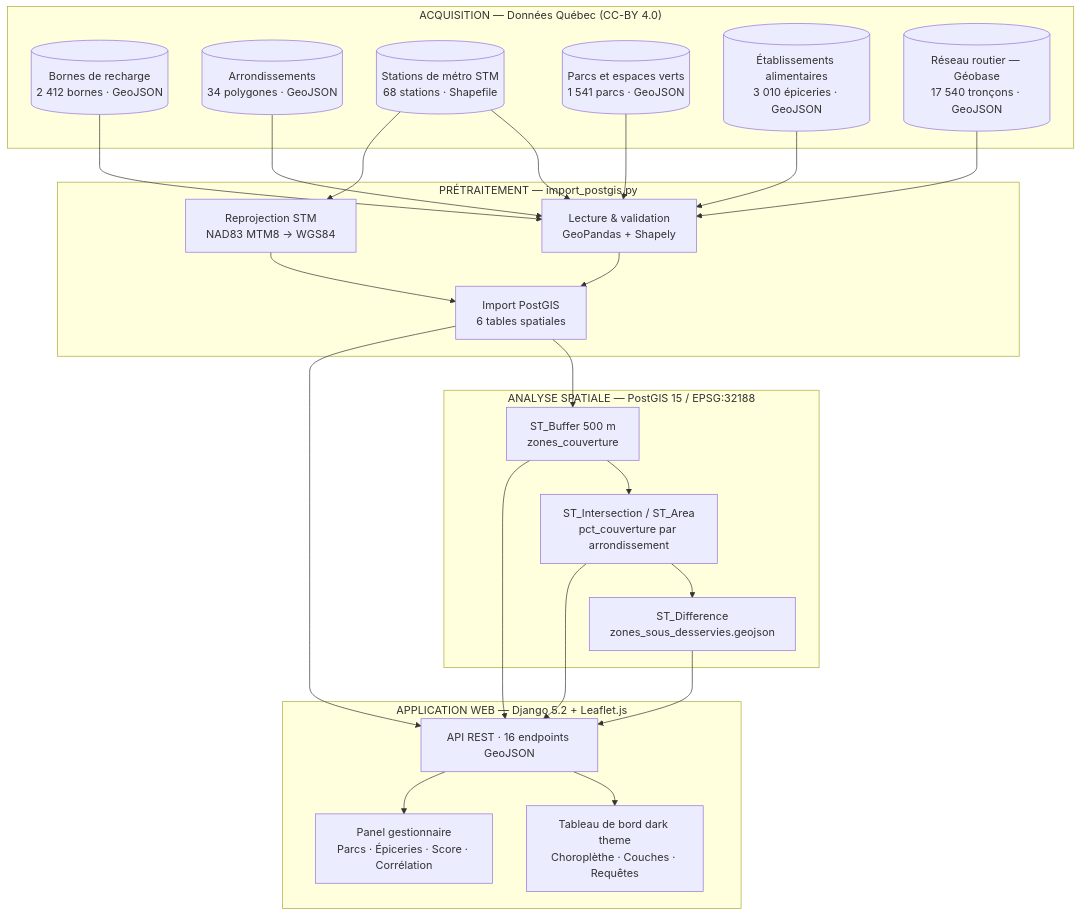
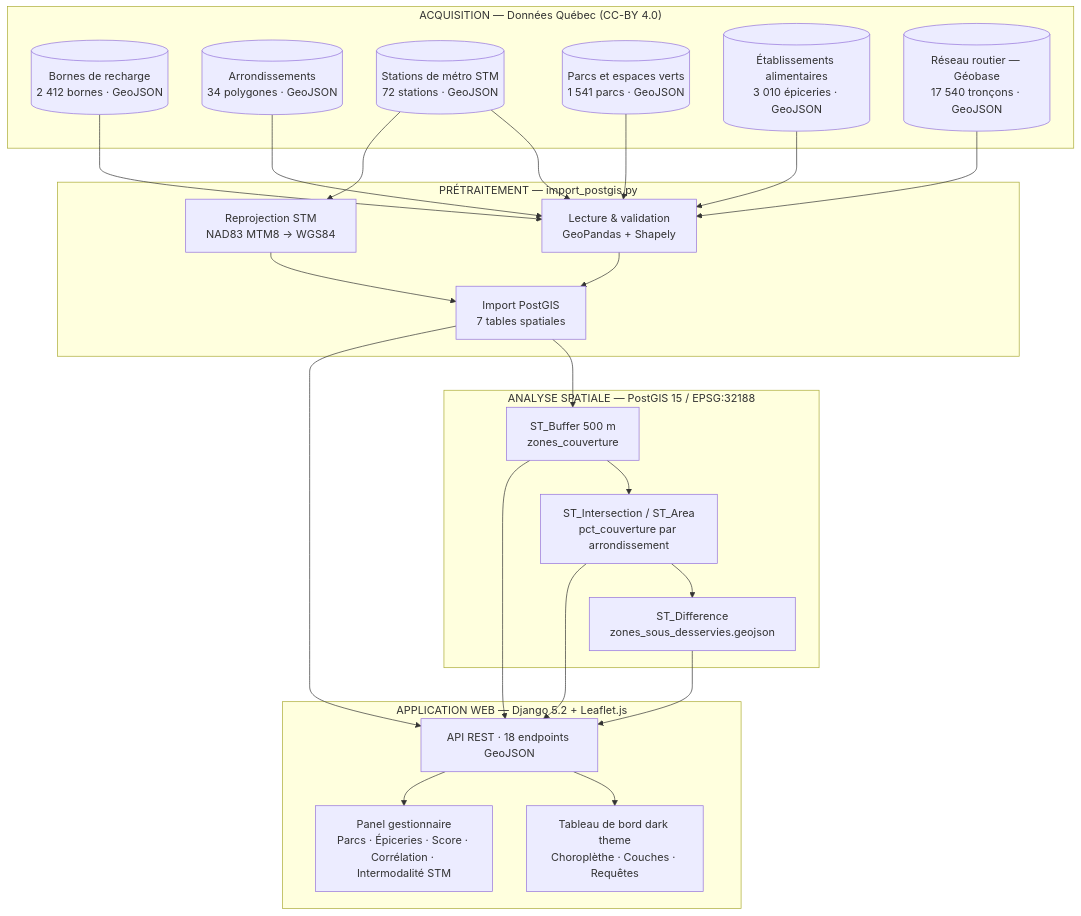
One commit to modou5604501/projet_Session changed the first of 2 diagrams in README.md. Above: the diagram before and after it, drawn with Mermaid. The commit also changed other lines of this file, not shown here.

````diff
--- a/README.md
+++ b/README.md
@@ -43,36 +55,36 @@
 ```mermaid
 flowchart TD
     subgraph ACQ["ACQUISITION — Données Québec (CC-BY 4.0)"]
         A1[("Bornes de recharge\n2 412 bornes · GeoJSON")]
         A2[("Arrondissements\n34 polygones · GeoJSON")]
-        A3[("Stations de métro STM\n68 stations · Shapefile")]
+        A3[("Stations de métro STM\n72 stations · GeoJSON")]
         A4[("Parcs et espaces verts\n1 541 parcs · GeoJSON")]
         A5[("Établissements alimentaires\n3 010 épiceries · GeoJSON")]
         A6[("Réseau routier — Géobase\n17 540 tronçons · GeoJSON")]
     end
 
     subgraph PRE["PRÉTRAITEMENT — import_postgis.py"]
         B1["Lecture & validation\nGeoPandas + Shapely"]
         B2["Reprojection STM\nNAD83 MTM8 → WGS84"]
-        B3["Import PostGIS\n6 tables spatiales"]
+        B3["Import PostGIS\n7 tables spatiales"]
     end
 
     subgraph ANA["ANALYSE SPATIALE — PostGIS 15 / EPSG:32188"]
         C1["ST_Buffer 500 m\nzones_couverture"]
         C2["ST_Intersection / ST_Area\npct_couverture par arrondissement"]
         C3["ST_Difference\nzones_sous_desservies.geojson"]
     end
 
     subgraph WEB["APPLICATION WEB — Django 5.2 + Leaflet.js"]
-        D1["API REST · 16 endpoints GeoJSON"]
+        D1["API REST · 18 endpoints GeoJSON"]
         D2["Tableau de bord dark theme\nChoroplèthe · Couches · Requêtes"]
-        D3["Panel gestionnaire\nParcs · Épiceries · Score · Corrélation"]
+        D3["Panel gestionnaire\nParcs · Épiceries · Score · Corrélation · Intermodalité STM"]
     end
 
     A1 & A2 & A3 & A4 & A5 & A6 --> B1
     A3 --> B2
     B1 & B2 --> B3
     B3 --> C1 --> C2 --> C3
     B3 & C1 & C2 & C3 --> D1
     D1 --> D2 & D3
 ```
````
